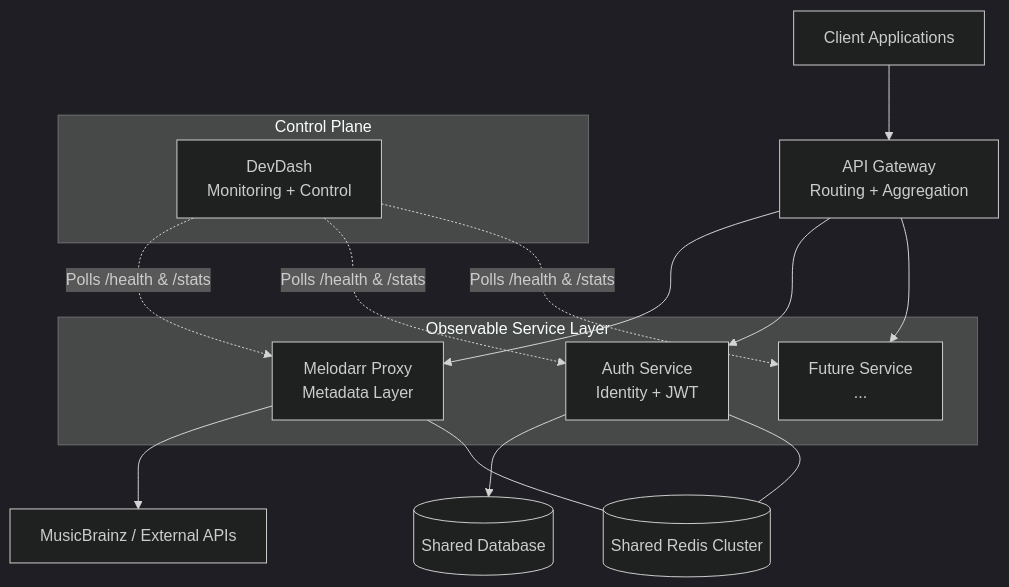
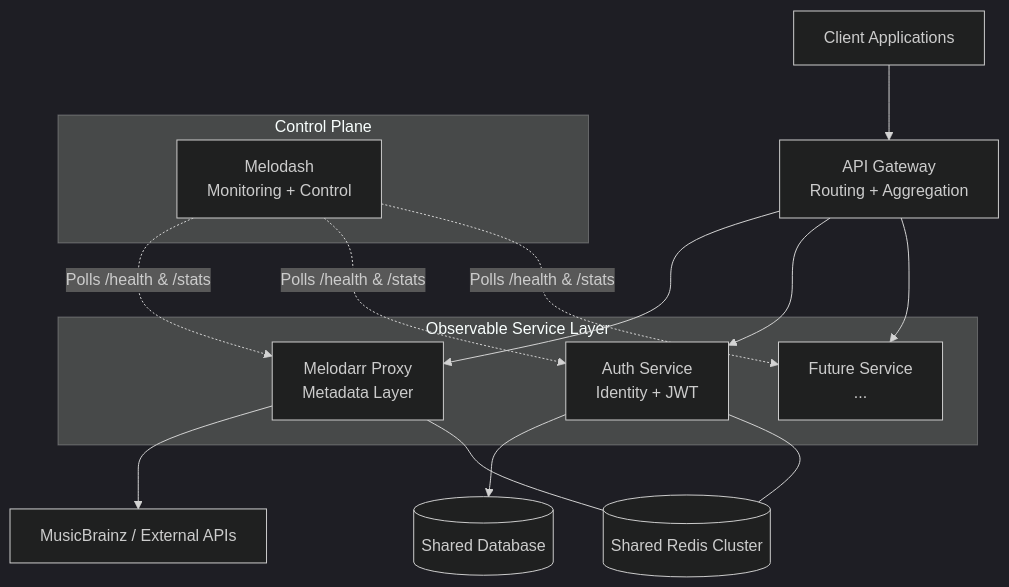
The diagram in docs/platform-architecture.md (melodarr/melodarr-proxy), drawn with Mermaid (dark theme) before and after one commit. The commit also changed other lines of this file and 52 other files, not shown here.

````diff
--- a/docs/platform-architecture.md
+++ b/docs/platform-architecture.md
@@ -31,29 +31,29 @@
 ```mermaid
 graph TD
     Client[Client Applications] --> APIGateway[API Gateway\nRouting + Aggregation]
     
     subgraph Observable Service Layer
         Melodarr[Melodarr Proxy\nMetadata Layer]
         Auth[Auth Service\nIdentity + JWT]
         NextService[Future Service\n...]
     end
     
     subgraph Control Plane
-        DevDash[DevDash\nMonitoring + Control]
+        Melodash[Melodash\nMonitoring + Control]
     end
 
     APIGateway --> Melodarr
     APIGateway --> Auth
     APIGateway --> NextService
 
-    DevDash -.->|Polls /health & /stats| Melodarr
-    DevDash -.->|Polls /health & /stats| Auth
-    DevDash -.->|Polls /health & /stats| NextService
+    Melodash -.->|Polls /health & /stats| Melodarr
+    Melodash -.->|Polls /health & /stats| Auth
+    Melodash -.->|Polls /health & /stats| NextService
 
     Melodarr --> Upstream1[MusicBrainz / External APIs]
     Auth --> DB[(Shared Database)]
     
     SharedCache[(Shared Redis Cluster)]
     Melodarr --- SharedCache
     Auth --- SharedCache
 ```
````
